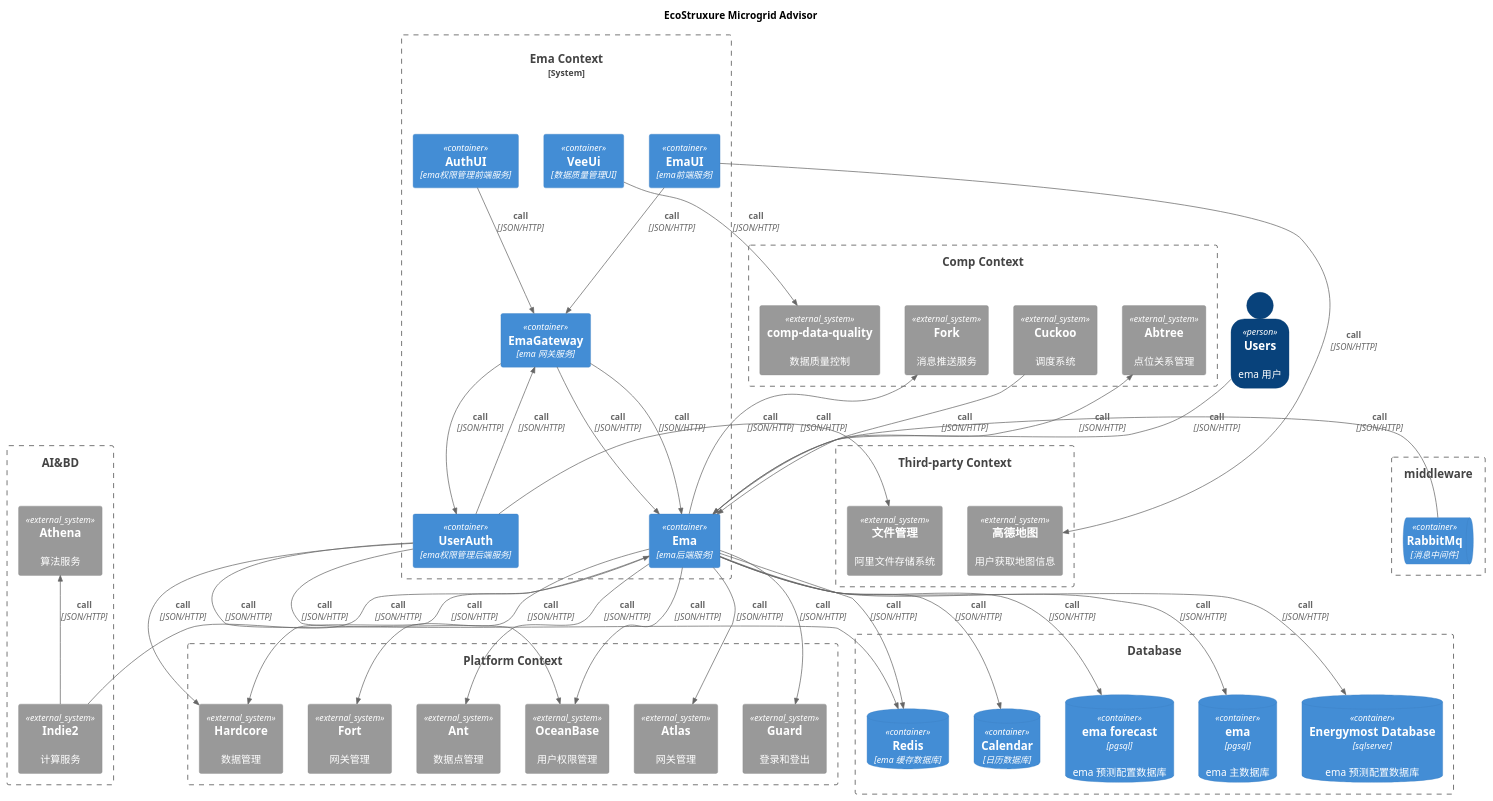
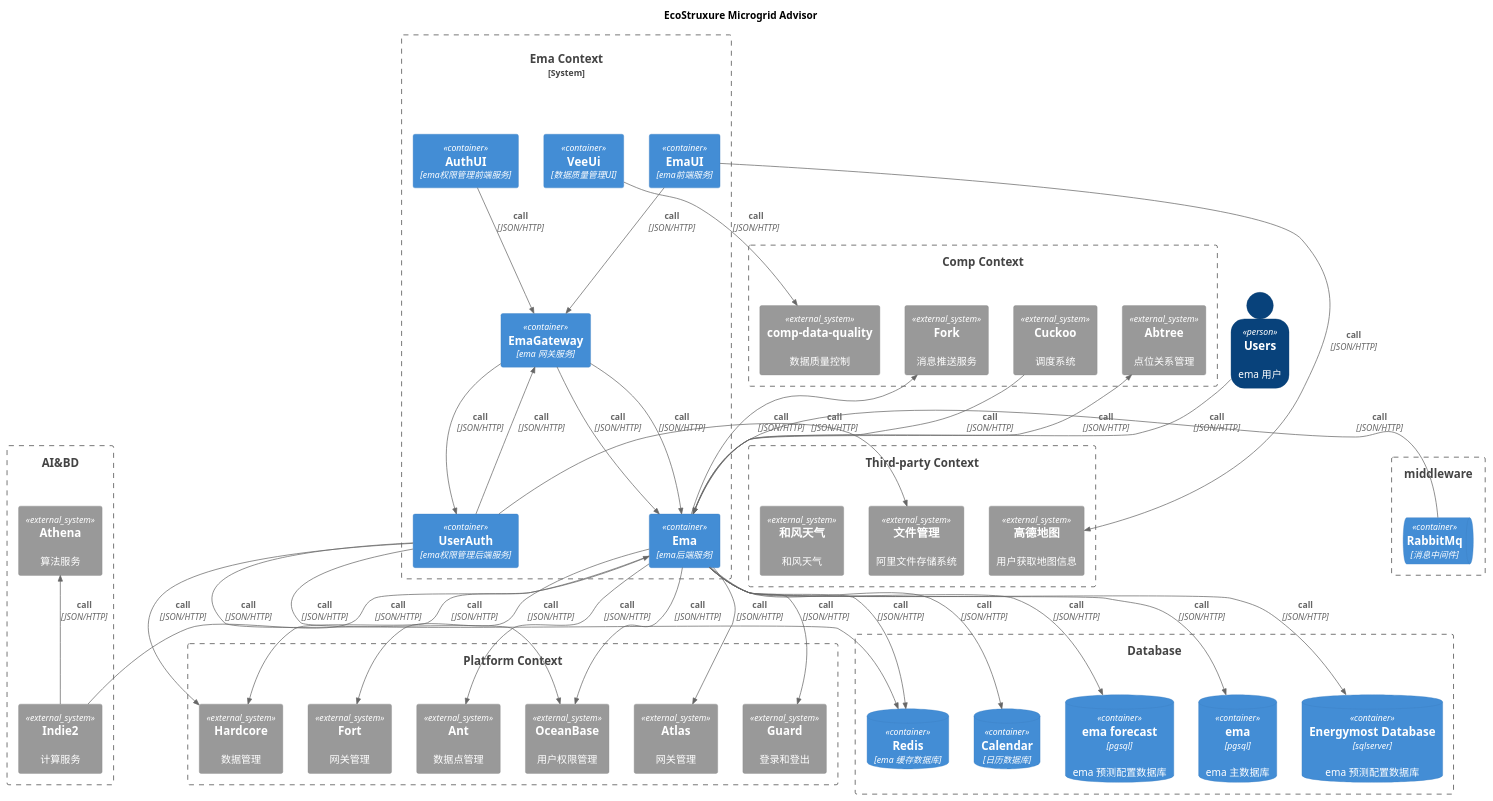
One commit to 0shuibo/C4-UML changed the diagram in c4-ema/ema_container.puml. Above: the diagram before and after it, drawn with PlantUML. The commit also changed 1 other file, not shown here.

Commit message:
提交C4图

```diff
--- a/c4-ema/ema_container.puml
+++ b/c4-ema/ema_container.puml
@@ -1,103 +1,106 @@
 @startuml energy_hub_container
 !include ../C4_Container.puml
 
 LAYOUT_TOP_DOWN()
 SHOW_PERSON_OUTLINE()
 
 title EcoStruxure Microgrid Advisor
 
 Person(customer, Users, "ema 用户")
 
 System_Boundary(emaSystem, "Ema Context") {
     Container(emaUI, "EmaUI", "ema前端服务")
     Container(ema, "Ema", "ema后端服务")
     Container(AuthUI, "AuthUI", "ema权限管理前端服务")
     Container(userAuth, "UserAuth", "ema权限管理后端服务")
     Container(veeUi, "VeeUi", "数据质量管理UI")
     Container(emaGateway, "EmaGateway", "ema 网关服务")
 
     Rel_D(emaUI,emaGateway,"call", "JSON/HTTP")
     Rel_D(emaGateway,ema,"call", "JSON/HTTP")
     Rel_D(AuthUI,emaGateway,"call", "JSON/HTTP")
     Rel_D(emaGateway,userAuth,"call", "JSON/HTTP")
     Rel_L(userAuth,emaGateway,"call", "JSON/HTTP")
     Rel_D(emaGateway,ema,"call", "JSON/HTTP")
 }
 
 
 Boundary(platformSystem, "Platform Context") {
     System_Ext(atlas, "Atlas", "网关管理")
     System_Ext(guard, "Guard", "登录和登出")
     System_Ext(oceanBase, "OceanBase", "用户权限管理")
     System_Ext(fort, "Fort", "网关管理")
     System_Ext(ant, "Ant", "数据点管理")
     System_Ext(hardcore, "Hardcore", "数据管理")
 
     Rel_D(ema,atlas,"call", "JSON/HTTP")
     Rel_D(ema,guard,"call", "JSON/HTTP")
     Rel_D(ema,oceanBase,"call", "JSON/HTTP")
     Rel_D(ema,fort,"call", "JSON/HTTP")
     Rel_D(ema,ant,"call", "JSON/HTTP")
     Rel_D(ema,hardcore,"call", "JSON/HTTP")
 }
 
 Boundary(compSystem, "Comp Context") {
     System_Ext(fork, "Fork", "消息推送服务")
     System_Ext(abtree, "Abtree", "点位关系管理")
     System_Ext(cuckoo, "Cuckoo", "调度系统")
     System_Ext(vee, "comp-data-quality", "数据质量控制")
 
     Rel_U(ema,fork,"call", "JSON/HTTP")
     Rel_U(ema,abtree,"call", "JSON/HTTP")
     Rel_U(cuckoo,ema,"call", "JSON/HTTP")
     ' Rel_U(ema,vee,"call", "JSON/HTTP")
 }
 
 
 Boundary(AI&BD, "AI&BD") {
     System_Ext(athena, "Athena", "算法服务")
     System_Ext(indie2, "Indie2", "计算服务")
 
     Rel_U(indie2,ema,"call", "JSON/HTTP")
     Rel_U(indie2,athena,"call", "JSON/HTTP")
 }
 
 Boundary(middleware, "middleware") {
     ContainerQueue(rabbitMq, "RabbitMq", "消息中间件")
     Rel_L(rabbitMq,ema,"call", "JSON/HTTP")
 }
 
 
 Boundary(thirdPartySystem, "Third-party Context") {
     System_Ext(gis, "高德地图", "用户获取地图信息")
     System_Ext(oss, "文件管理", "阿里文件存储系统")
+    System_Ext(geo, "和风天气", "和风天气")
     Rel_R(emaUI,gis,"call", "JSON/HTTP")
     Rel_R(userAuth,oss,"call", "JSON/HTTP")
+    ' Rel_R(userAuth,oss,"call", "JSON/HTTP")
+
 }
 
 Boundary(emaDatabase, "Database") {
     ContainerDb(emaForecast, "ema forecast", "pgsql", "ema 预测配置数据库")
     ContainerDb(emaDb, "ema", "pgsql", "ema 主数据库")
     ContainerDb(energymostDb, "Energymost Database", "sqlserver", "ema 预测配置数据库")
     ContainerDb(calendar, "Calendar", "日历数据库")
     ContainerDb(redis, "Redis", "ema 缓存数据库")
     Rel_D(ema,redis,"call", "JSON/HTTP")
     Rel_D(userAuth,redis,"call", "JSON/HTTP")
     Rel_D(ema,emaDb,"call", "JSON/HTTP")
     Rel_D(ema,calendar,"call", "JSON/HTTP")
     Rel_D(ema,emaForecast,"call", "JSON/HTTP")
     Rel_D(ema,energymostDb,"call", "JSON/HTTP")
 
 }
 
 
 Rel_D(customer,ema,"call", "JSON/HTTP")
 
 
 Rel_D(userAuth,oceanBase,"call", "JSON/HTTP")
 Rel_D(userAuth,hardcore,"call", "JSON/HTTP")
 Rel_D(veeUi,vee,"call", "JSON/HTTP")
 
 
 
 @enduml
```
